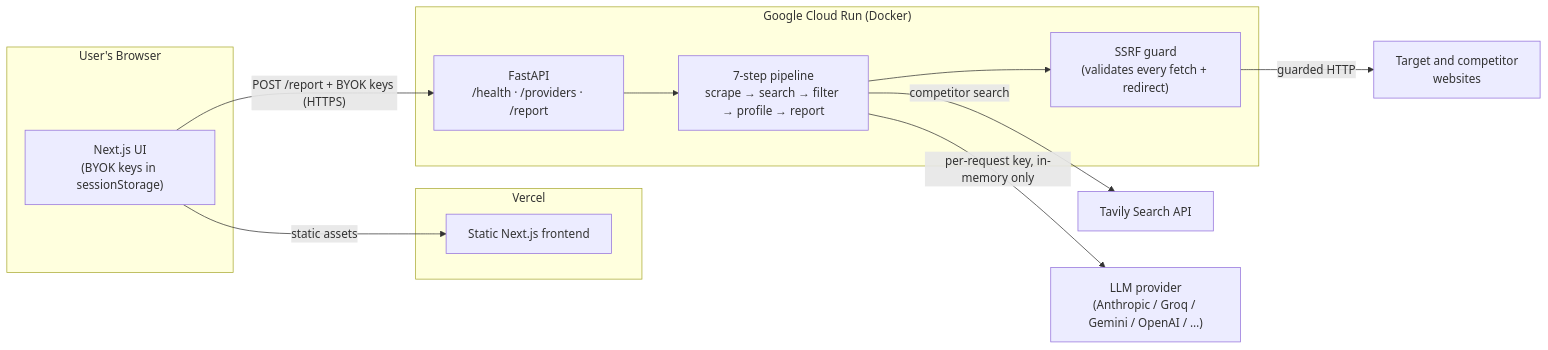
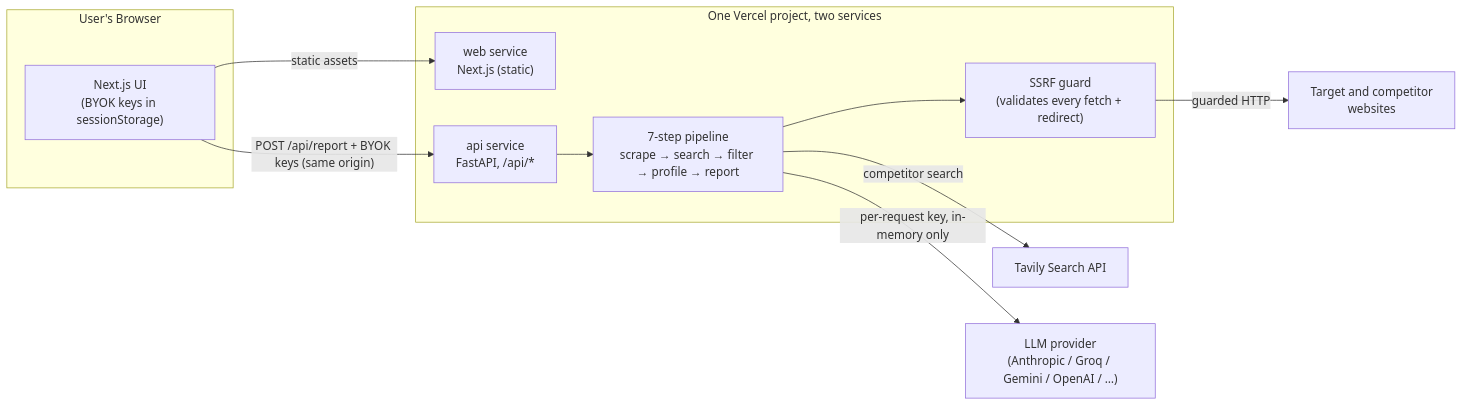
The diagram in README.md (shiva-shivanibokka/Competitor-Insight-Engine), drawn with Mermaid before and after one commit. The commit also changed other lines of this file and 7 other files, not shown here.

````diff
--- a/README.md
+++ b/README.md
@@ -48,25 +51,23 @@
 ```mermaid
 flowchart LR
     subgraph Browser["User's Browser"]
         UI["Next.js UI<br/>(BYOK keys in sessionStorage)"]
     end
-    subgraph Vercel["Vercel"]
-        FE["Static Next.js frontend"]
-    end
-    subgraph GCP["Google Cloud Run (Docker)"]
-        API["FastAPI<br/>/health · /providers · /report"]
+    subgraph Vercel["One Vercel project, two services"]
+        FE["web service<br/>Next.js (static)"]
+        API["api service<br/>FastAPI, /api/*"]
         PIPE["7-step pipeline<br/>scrape → search → filter → profile → report"]
         SSRF["SSRF guard<br/>(validates every fetch + redirect)"]
     end
     Sites["Target and competitor<br/>websites"]
     Tavily["Tavily Search API"]
     LLM["LLM provider<br/>(Anthropic / Groq / Gemini / OpenAI / …)"]
 
     UI -->|"static assets"| FE
-    UI -->|"POST /report + BYOK keys (HTTPS)"| API
+    UI -->|"POST /api/report + BYOK keys (same origin)"| API
     API --> PIPE
     PIPE --> SSRF
     SSRF -->|"guarded HTTP"| Sites
     PIPE -->|"competitor search"| Tavily
     PIPE -->|"per-request key, in-memory only"| LLM
 ```
````
